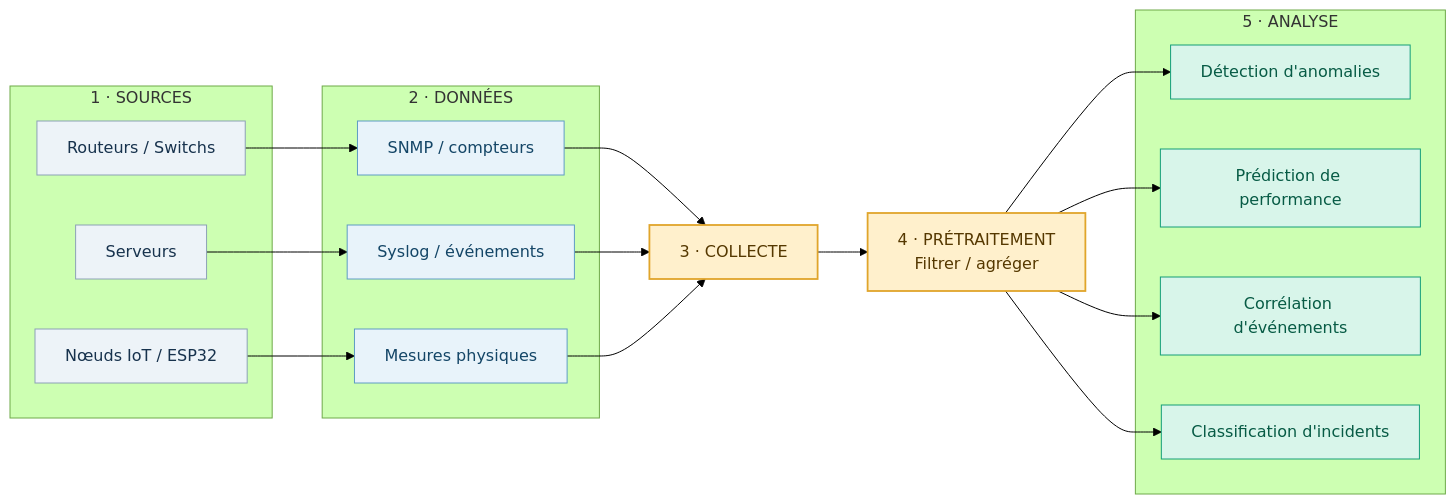
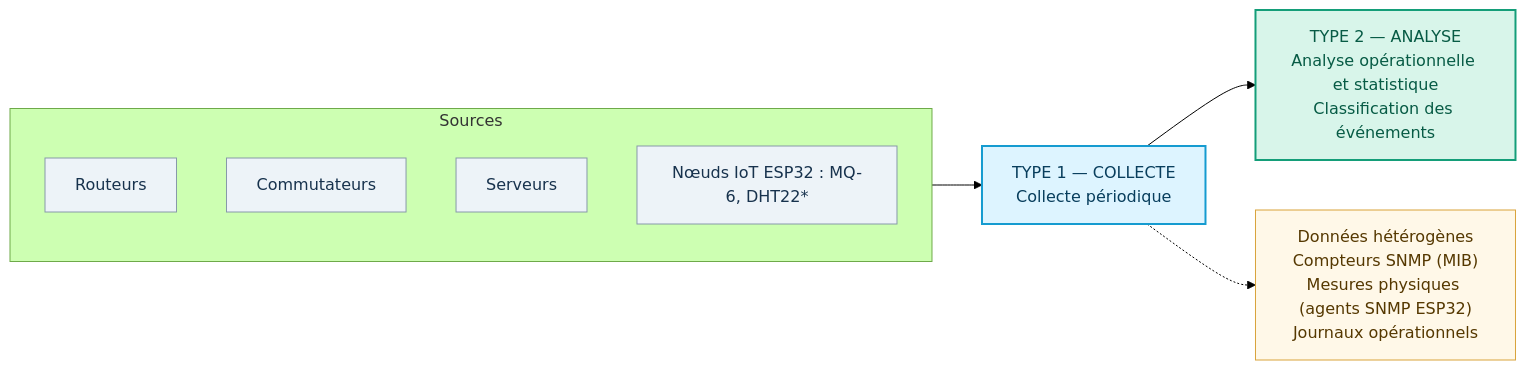
The second of 15 diagrams in README.md (ilyes-rhdi/RO_IOT), drawn with Mermaid (forest theme) before and after one commit. The commit also changed other lines of this file, not shown here.

````diff
--- a/README.md
+++ b/README.md
@@ -84,45 +103,27 @@
 ```mermaid
 flowchart LR
-    subgraph S["1 · SOURCES"]
-        R["Routeurs / Switchs"]
-        V["Serveurs"]
-        I["Nœuds IoT / ESP32"]
-    end
+  subgraph S["Sources"]
+    direction TB
+    S1["Routeurs"]
+    S2["Commutateurs"]
+    S3["Serveurs"]
+    S4["Nœuds IoT ESP32 : MQ-6, DHT22*"]
+  end
 
-    subgraph D["2 · DONNÉES"]
-        N["SNMP / compteurs"]
-        J["Syslog / événements"]
-        P["Mesures physiques"]
-    end
+  COL["TYPE 1 — COLLECTE<br/>Collecte périodique"]
+  ANA["TYPE 2 — ANALYSE<br/>Analyse opérationnelle et statistique<br/>Classification des événements"]
 
-    K["3 · COLLECTE"]
-    F["4 · PRÉTRAITEMENT<br/>Filtrer / agréger"]
+  DATA["Données hétérogènes<br/>Compteurs SNMP (MIB)<br/>Mesures physiques (agents SNMP ESP32)<br/>Journaux opérationnels"]
 
-    subgraph A["5 · ANALYSE"]
-        A1["Détection d'anomalies"]
-        A2["Prédiction de performance"]
-        A3["Corrélation d'événements"]
-        A4["Classification d'incidents"]
-    end
+  S --> COL --> ANA
+  COL -.-> DATA
 
-    R --> N
-    V --> J
-    I --> P
-    N --> K
-    J --> K
-    P --> K
-    K --> F
-    F --> A1
-    F --> A2
-    F --> A3
-    F --> A4
-
-    classDef source fill:#EDF3F8,stroke:#8CA1B6,color:#17324D;
-    classDef data fill:#E8F3FA,stroke:#5E9CC4,color:#144667;
-    classDef step fill:#FFF0CC,stroke:#E0A52B,color:#553800,stroke-width:1.8px;
-    classDef analysis fill:#D8F5EA,stroke:#149E79,color:#075B45;
-    class R,V,I source;
-    class N,J,P data;
-    class K,F step;
-    class A1,A2,A3,A4 analysis;
+  classDef src fill:#EDF3F8,stroke:#8799AA,color:#17324D;
+  classDef collect fill:#DDF4FF,stroke:#159BD0,color:#083E5D,stroke-width:2px;
+  classDef analyse fill:#D8F5EA,stroke:#149E79,color:#075B45,stroke-width:2px;
+  classDef data fill:#FFF8E8,stroke:#D9A33B,color:#553800;
+  class S1,S2,S3,S4 src;
+  class COL collect;
+  class ANA analyse;
+  class DATA data;
 ```
````
